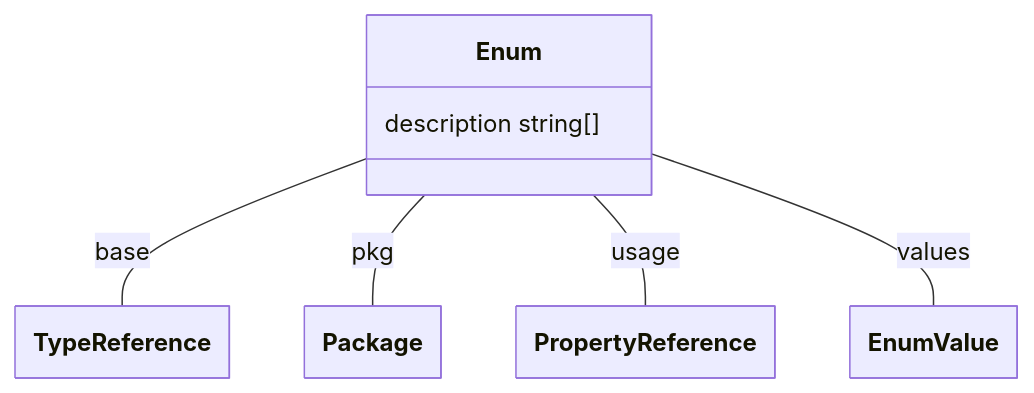
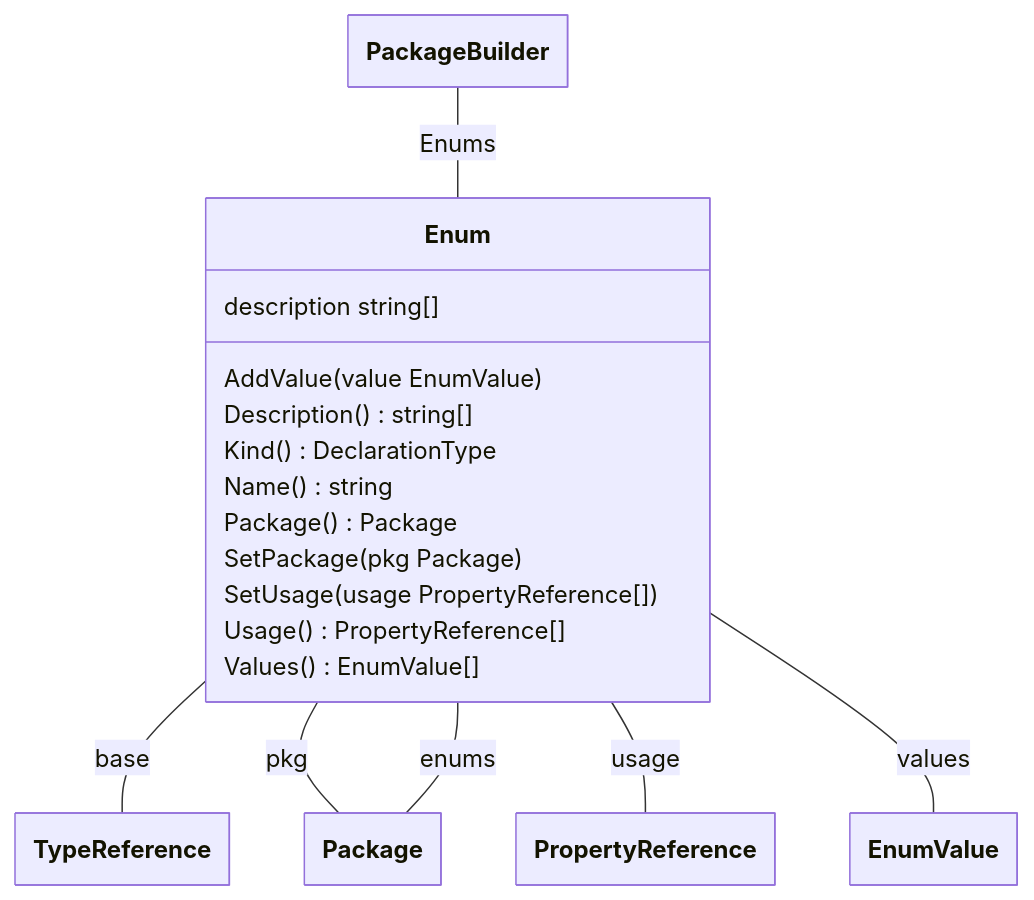
One commit to theunrepentantgeek/crddoc changed the first of 17 diagrams in docs/model/model.md. Above: the diagram before and after it, drawn with Mermaid. The commit also changed other lines of this file and 8 other files, not shown here.

````diff
--- a/docs/model/model.md
+++ b/docs/model/model.md
@@ -25,26 +25,39 @@
 ```mermaid
 ---
   config:
     class:
       hideEmptyMembersBox: true
 ---
 classDiagram
 
 class Enum["Enum"]{  
-      description string[]
+      description string[]  
+      AddValue(value EnumValue)  
+      Description()string[]  
+      Kind()DeclarationType  
+      Name()string  
+      Package()Package  
+      SetPackage(pkg Package)  
+      SetUsage(usage PropertyReference[])  
+      Usage()PropertyReference[]  
+      Values()EnumValue[]
 
 
 } 
 
+Package -- Enum : enums 
+PackageBuilder -- Enum : Enums 
 
 Enum -- TypeReference : base 
 Enum -- Package : pkg 
 Enum -- PropertyReference : usage 
 Enum -- EnumValue : values 
 
+class Package["Package"]
+class PackageBuilder["PackageBuilder"]
 class TypeReference["TypeReference"]
 class Package["Package"]
 class PropertyReference["PropertyReference"]
 class EnumValue["EnumValue"]
 
 ```
````
